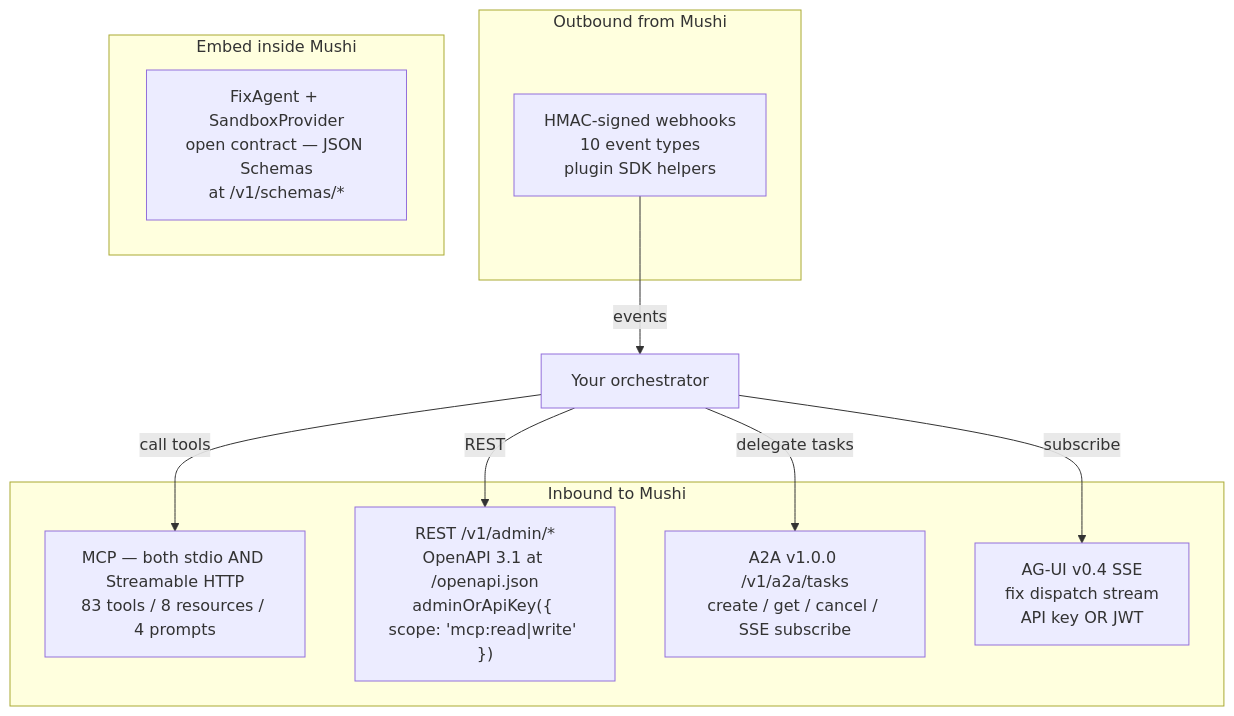
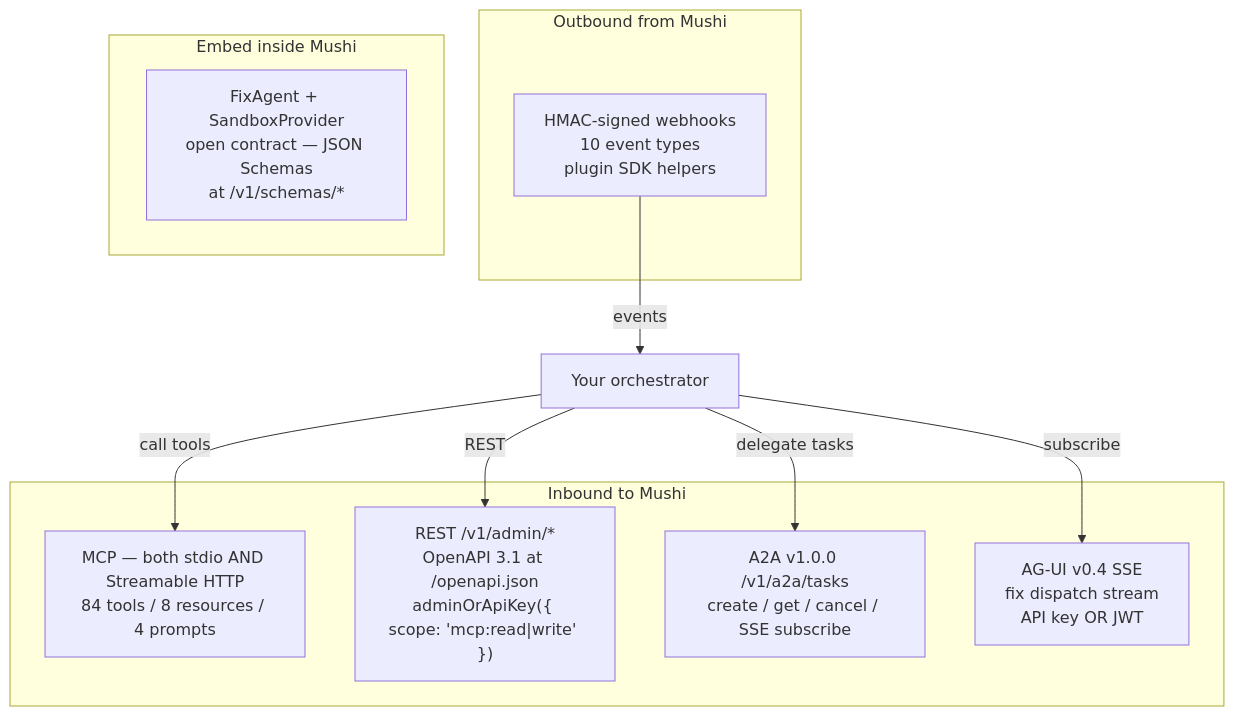
One commit to kensaurus/mushi-mushi changed the diagram in apps/docs/content/concepts/orchestrator-interop.mdx. Above: the diagram before and after it, drawn with Mermaid. The commit also changed other lines of this file and 8 other files, not shown here.

Commit message:
fix(admin): diagram badges use the shared chip tones; tool counts say 84

````diff
--- a/apps/docs/content/concepts/orchestrator-interop.mdx
+++ b/apps/docs/content/concepts/orchestrator-interop.mdx
@@ -32,20 +32,20 @@
 ```mermaid
 flowchart TB
   subgraph Inbound["Inbound to Mushi"]
-    MCP["MCP — both stdio AND Streamable HTTP<br/>83 tools / 8 resources / 4 prompts"]
+    MCP["MCP — both stdio AND Streamable HTTP<br/>84 tools / 8 resources / 4 prompts"]
     REST["REST /v1/admin/*<br/>OpenAPI 3.1 at /openapi.json<br/>adminOrApiKey({ scope: 'mcp:read|write' })"]
     A2A["A2A v1.0.0 /v1/a2a/tasks<br/>create / get / cancel / SSE subscribe"]
     AGUI["AG-UI v0.4 SSE<br/>fix dispatch stream<br/>API key OR JWT"]
   end
   subgraph Outbound["Outbound from Mushi"]
     Hooks["HMAC-signed webhooks<br/>10 event types<br/>plugin SDK helpers"]
   end
   subgraph Native["Embed inside Mushi"]
     FA["FixAgent + SandboxProvider<br/>open contract — JSON Schemas<br/>at /v1/schemas/*"]
   end
   Orch["Your orchestrator"] -->|"call tools"| MCP
   Orch -->|"REST"| REST
   Orch -->|"delegate tasks"| A2A
   Orch -->|"subscribe"| AGUI
   Hooks -->|"events"| Orch
 ```
````
